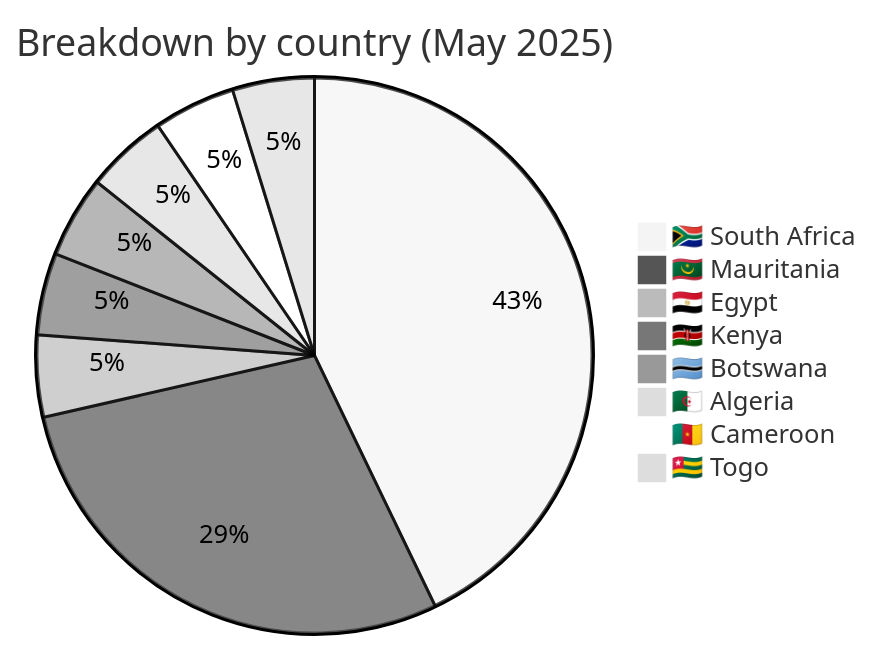
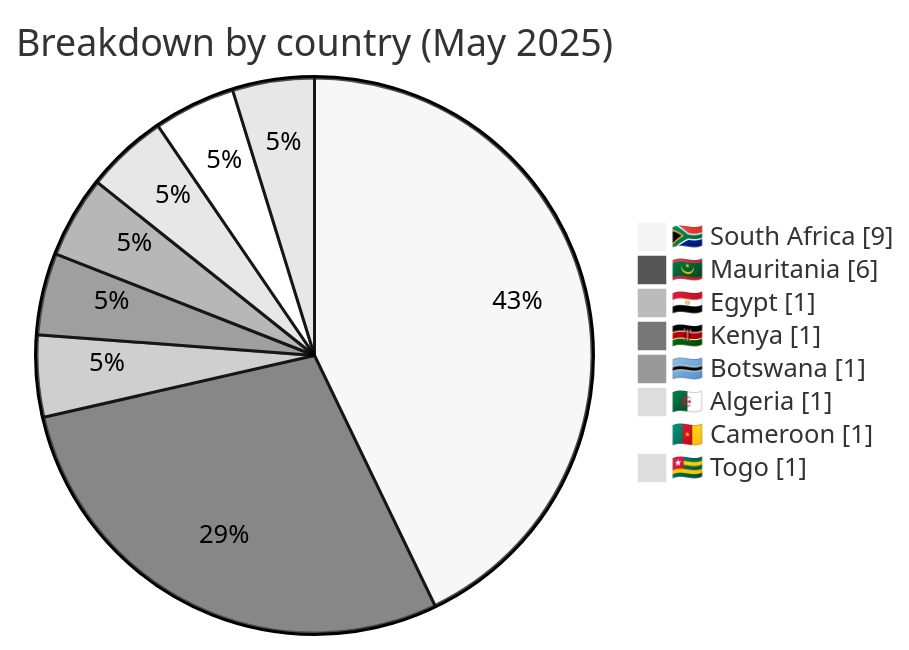
One commit to Hatchepsoute/AFRINTEL changed the third of 6 diagrams in CyberAttackAfrica/2025/05-may/README.md. Above: the diagram before and after it, drawn with Mermaid (neutral theme). The commit also changed other lines of this file and 182 other files, not shown here.

````diff
--- a/CyberAttackAfrica/2025/05-may/README.md
+++ b/CyberAttackAfrica/2025/05-may/README.md
@@ -94,11 +98,12 @@
 ```mermaid
-pie title Breakdown by country (May 2025)
+pie showData
+    title Breakdown by country (May 2025)
     "🇿🇦 South Africa" : 9
     "🇲🇷 Mauritania" : 6
     "🇪🇬 Egypt" : 1
     "🇰🇪 Kenya" : 1
     "🇧🇼 Botswana" : 1
     "🇩🇿 Algeria" : 1
     "🇨🇲 Cameroon" : 1
     "🇹🇬 Togo" : 1
 ```
````
